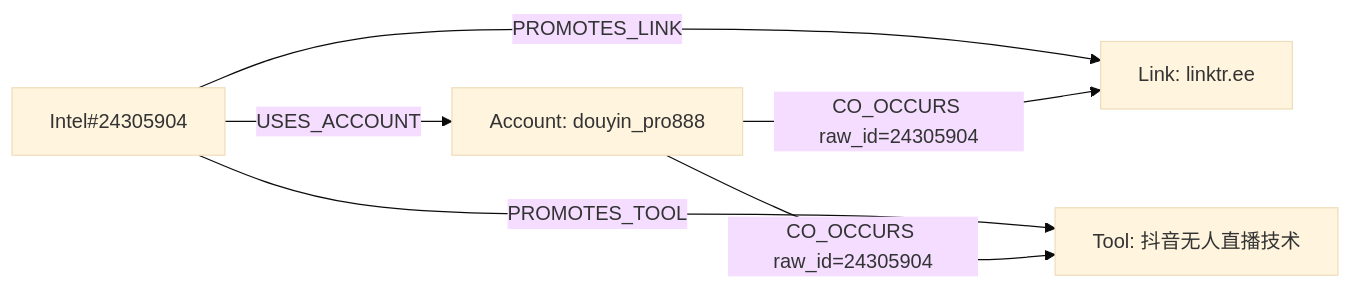
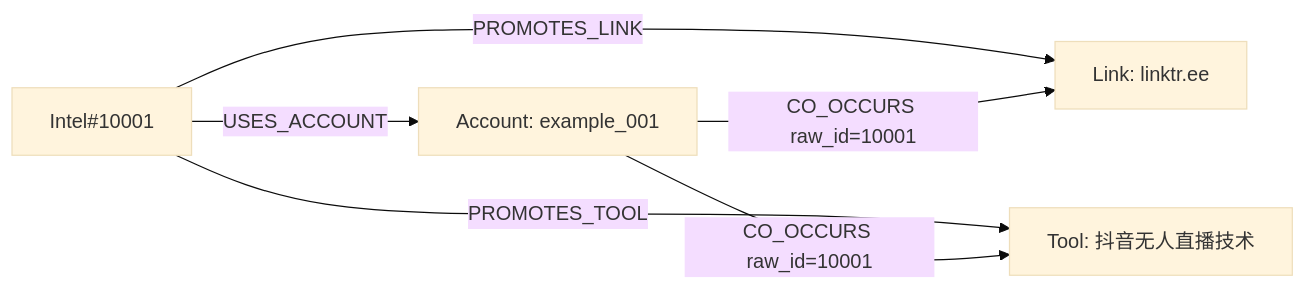
One commit to lym250772-hue/BGI changed the fourth of 4 diagrams in README.md. Above: the diagram before and after it, drawn with Mermaid (base theme). The commit also changed other lines of this file and 61 other files, not shown here.

````diff
--- a/README.md
+++ b/README.md
@@ -349,8 +350,8 @@
 ```mermaid
 flowchart LR
-    I["Intel#24305904"] -->|USES_ACCOUNT| A["Account: douyin_pro888"]
+    I["Intel#10001"] -->|USES_ACCOUNT| A["Account: example_001"]
     I -->|PROMOTES_LINK| L["Link: linktr.ee"]
     I -->|PROMOTES_TOOL| T["Tool: 抖音无人直播技术"]
-    A -->|CO_OCCURS raw_id=24305904| L
-    A -->|CO_OCCURS raw_id=24305904| T
+    A -->|CO_OCCURS raw_id=10001| L
+    A -->|CO_OCCURS raw_id=10001| T
 ```
````
